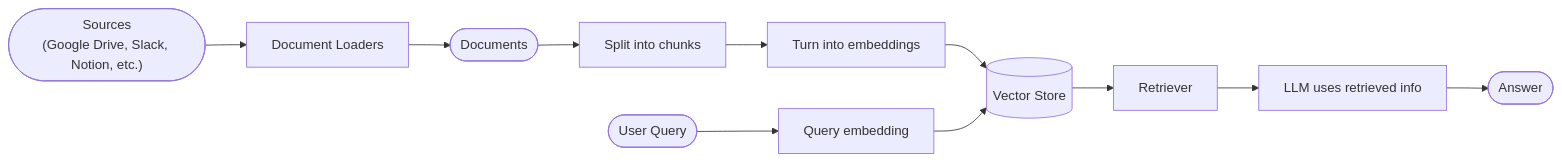
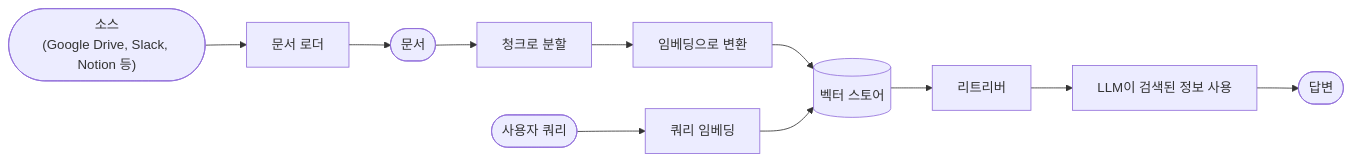
The first of 4 diagrams in src-ko/oss/langchain/retrieval.mdx (jeongsk/langchain-docs), drawn with Mermaid before and after one commit. The commit also changed other lines of this file and 11 other files, not shown here.

````diff
--- a/src-ko/oss/langchain/retrieval.mdx
+++ b/src-ko/oss/langchain/retrieval.mdx
@@ -49,13 +49,13 @@
 ```mermaid
 flowchart LR
-  S(["Sources<br>(Google Drive, Slack, Notion, etc.)"]) --> L[Document Loaders]
-  L --> A([Documents])
-  A --> B[Split into chunks]
-  B --> C[Turn into embeddings]
-  C --> D[(Vector Store)]
-  Q([User Query]) --> E[Query embedding]
+  S(["소스<br>(Google Drive, Slack, Notion 등)"]) --> L[문서 로더]
+  L --> A([문서])
+  A --> B[청크로 분할]
+  B --> C[임베딩으로 변환]
+  C --> D[(벡터 스토어)]
+  Q([사용자 쿼리]) --> E[쿼리 임베딩]
   E --> D
-  D --> F[Retriever]
-  F --> G[LLM uses retrieved info]
-  G --> H([Answer])
+  D --> F[리트리버]
+  F --> G[LLM이 검색된 정보 사용]
+  G --> H([답변])
 ```
````
